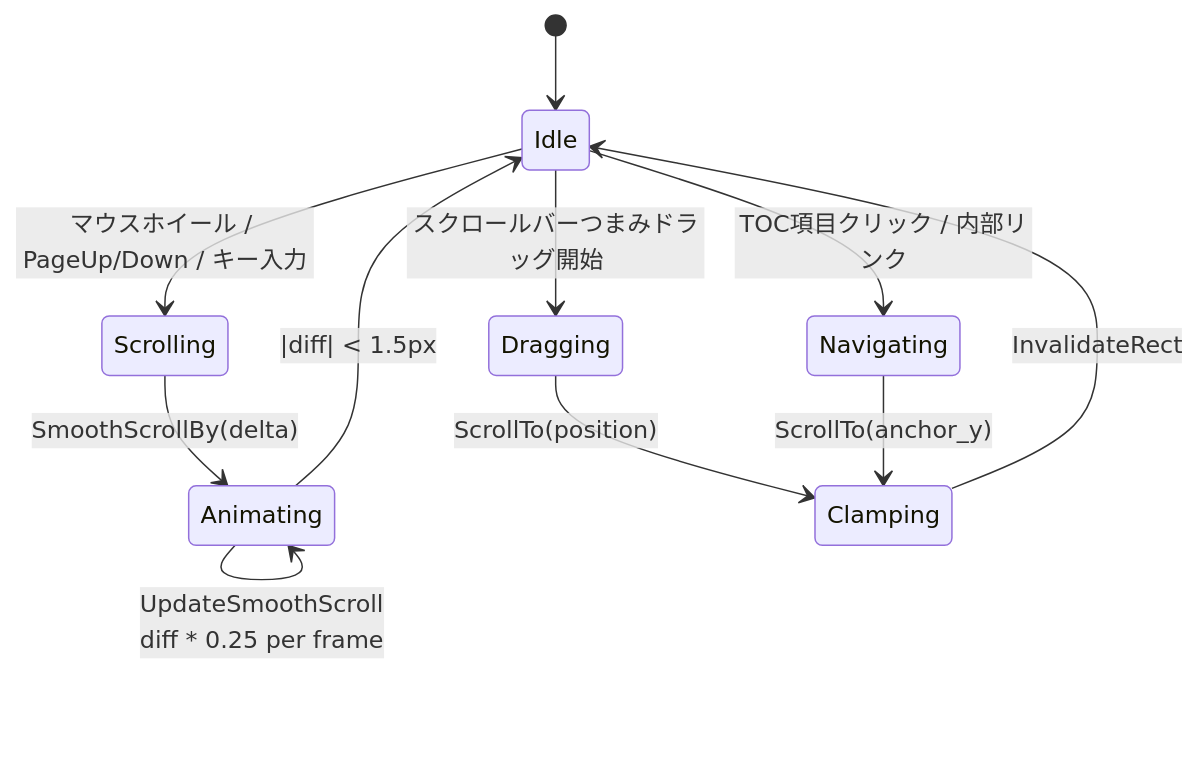
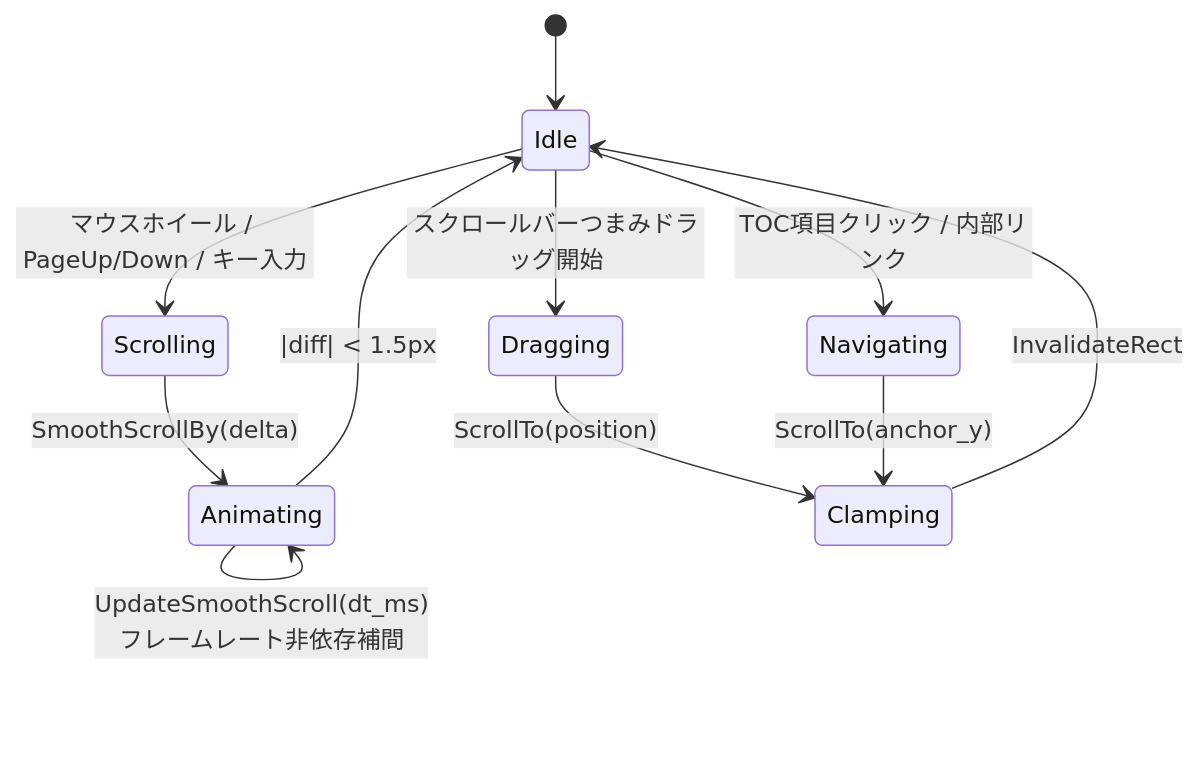
Diagram 12 of 28 in example/test.md (tanaton/mendo), drawn with Mermaid before and after one commit. The commit also changed other lines of this file, not shown here.

````diff
--- a/example/test.md
+++ b/example/test.md
@@ -1026,16 +1063,16 @@
 ```mermaid
 stateDiagram-v2
     [*] --> Idle
 
     Idle --> Scrolling : マウスホイール / PageUp/Down / キー入力
     Idle --> Dragging : スクロールバーつまみドラッグ開始
     Idle --> Navigating : TOC項目クリック / 内部リンク
 
     Scrolling --> Animating : SmoothScrollBy(delta)
-    Animating --> Animating : UpdateSmoothScroll<br>diff * 0.25 per frame
+    Animating --> Animating : UpdateSmoothScroll(dt_ms)<br>フレームレート非依存補間
     Animating --> Idle : |diff| < 1.5px
 
     Dragging --> Clamping : ScrollTo(position)
     Navigating --> Clamping : ScrollTo(anchor_y)
     Clamping --> Idle : InvalidateRect
 ```
````
